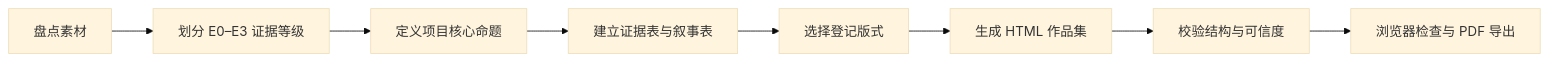
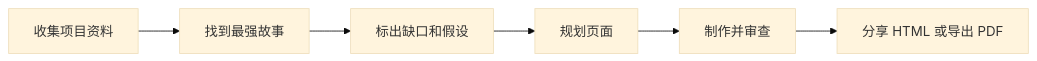
The diagram in README.zh-CN.md (truman-t3/industrial-design-portfolio-skill), drawn with Mermaid (base theme) before and after one commit. The commit also changed other lines of this file and 1 other file, not shown here.

````diff
--- a/README.zh-CN.md
+++ b/README.zh-CN.md
@@ -62,10 +77,8 @@
 ```mermaid
 flowchart LR
-    A[盘点素材] --> B[划分 E0–E3 证据等级]
-    B --> C[定义项目核心命题]
-    C --> D[建立证据表与叙事表]
-    D --> E[选择登记版式]
-    E --> F[生成 HTML 作品集]
-    F --> G[校验结构与可信度]
-    G --> H[浏览器检查与 PDF 导出]
+    A[收集项目资料] --> B[找到最强故事]
+    B --> C[标出缺口和假设]
+    C --> D[规划页面]
+    D --> E[制作并审查]
+    E --> F[分享 HTML 或导出 PDF]
 ```
````
